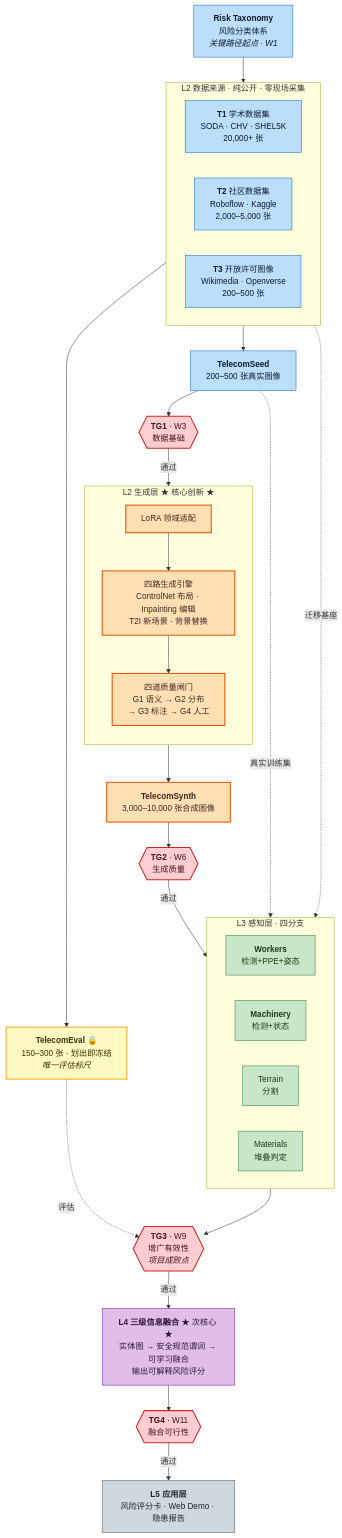
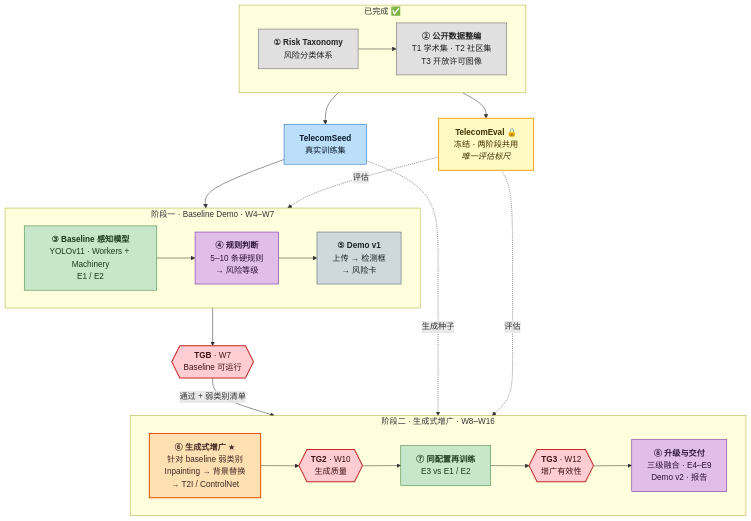
The first of 4 diagrams in docs/05-技术路线图-CN.md (muamuauh/AY26S1-45-SPML), drawn with Mermaid before and after one commit. The commit also changed other lines of this file and 17 other files, not shown here.

First line of the commit message:
docs: switch to baseline-first two-phase flow and prune stale content

````diff
--- a/docs/05-技术路线图-CN.md
+++ b/docs/05-技术路线图-CN.md
@@ -26,64 +46,50 @@
 ```mermaid
 flowchart TB
+    classDef done fill:#e0e0e0,stroke:#616161,stroke-width:1px,color:#212121
     classDef data fill:#bbdefb,stroke:#1565c0,stroke-width:1px,color:#0d1b2a
     classDef core fill:#ffe0b2,stroke:#e65100,stroke-width:2px,color:#3e2723
     classDef perc fill:#c8e6c9,stroke:#2e7d32,stroke-width:1px,color:#1b3a1e
     classDef fuse fill:#e1bee7,stroke:#6a1b9a,stroke-width:1px,color:#2e1437
     classDef gate fill:#ffcdd2,stroke:#c62828,stroke-width:2px,color:#3e1416
     classDef app fill:#cfd8dc,stroke:#455a64,stroke-width:1px,color:#1c2529
     classDef eval fill:#fff9c4,stroke:#f9a825,stroke-width:2px,color:#3e3000
 
-    TAX["<b>Risk Taxonomy</b><br/>风险分类体系<br/><i>关键路径起点 · W1</i>"]:::data
-
-    subgraph SRC["L2 数据来源 · 纯公开 · 零现场采集"]
+    subgraph P0["已完成 ✅"]
         direction LR
-        T1["<b>T1</b> 学术数据集<br/>SODA · CHV · SHEL5K<br/>20,000+ 张"]:::data
-        T2["<b>T2</b> 社区数据集<br/>Roboflow · Kaggle<br/>2,000–5,000 张"]:::data
-        T3["<b>T3</b> 开放许可图像<br/>Wikimedia · Openverse<br/>200–500 张"]:::data
+        TAX["<b>① Risk Taxonomy</b><br/>风险分类体系"]:::done
+        DATA["<b>② 公开数据整编</b><br/>T1 学术集 · T2 社区集<br/>T3 开放许可图像"]:::done
+        TAX --> DATA
     end
 
-    SEED["<b>TelecomSeed</b><br/>200–500 张真实图像"]:::data
-    EVAL["<b>TelecomEval</b> 🔒<br/>150–300 张 · 划出即冻结<br/><i>唯一评估标尺</i>"]:::eval
+    SEED["<b>TelecomSeed</b><br/>真实训练集"]:::data
+    EVAL["<b>TelecomEval</b> 🔒<br/>冻结 · 两阶段共用<br/><i>唯一评估标尺</i>"]:::eval
 
-    subgraph GEN["L2 生成层 ★ 核心创新 ★"]
-        direction TB
-        LORA["LoRA 领域适配"]:::core
-        ENG["四路生成引擎<br/>ControlNet 布局 · Inpainting 编辑<br/>T2I 新场景 · 背景替换"]:::core
-        QG["四道质量闸门<br/>G1 语义 → G2 分布<br/>→ G3 标注 → G4 人工"]:::core
-        LORA --> ENG --> QG
+    subgraph PA["阶段一 · Baseline Demo · W4–W7"]
+        direction LR
+        BASE["<b>③ Baseline 感知模型</b><br/>YOLOv11 · Workers + Machinery<br/>E1 / E2"]:::perc
+        RULE["<b>④ 规则判断</b><br/>5–10 条硬规则<br/>→ 风险等级"]:::fuse
+        DEMO["<b>⑤ Demo v1</b><br/>上传 → 检测框<br/>→ 风险卡"]:::app
+        BASE --> RULE --> DEMO
     end
 
-    SYNTH["<b>TelecomSynth</b><br/>3,000–10,000 张合成图像"]:::core
+    TGB{{"<b>TGB</b> · W7<br/>Baseline 可运行"}}:::gate
 
-    subgraph PERC["L3 感知层 · 四分支"]
+    subgraph PB["阶段二 · 生成式增广 · W8–W16"]
         direction LR
-        PW["<b>Workers</b><br/>检测+PPE+姿态"]:::perc
-        PM["<b>Machinery</b><br/>检测+状态"]:::perc
-        PT["Terrain<br/>分割"]:::perc
-        PMT["Materials<br/>堆叠判定"]:::perc
+        GEN["<b>⑥ 生成式增广</b> ★<br/>针对 baseline 弱类别<br/>Inpainting → 背景替换<br/>→ T2I / ControlNet"]:::core
+        TG2{{"<b>TG2</b> · W10<br/>生成质量"}}:::gate
+        RETRAIN["<b>⑦ 同配置再训练</b><br/>E3 vs E1 / E2"]:::perc
+        TG3{{"<b>TG3</b> · W12<br/>增广有效性"}}:::gate
+        UP["<b>⑧ 升级与交付</b><br/>三级融合 · E4–E9<br/>Demo v2 · 报告"]:::fuse
+        GEN --> TG2 --> RETRAIN --> TG3 --> UP
     end
 
-    FUSE["<b>L4 三级信息融合</b> ★ 次核心 ★<br/>实体图 → 安全规范谓词 → 可学习融合<br/>输出可解释风险评分"]:::fuse
-    APP["<b>L5 应用层</b><br/>风险评分卡 · Web Demo · 隐患报告"]:::app
-
-    TG1{{"<b>TG1</b> · W3<br/>数据基础"}}:::gate
-    TG2{{"<b>TG2</b> · W6<br/>生成质量"}}:::gate
-    TG3{{"<b>TG3</b> · W9<br/>增广有效性<br/><i>项目成败点</i>"}}:::gate
-    TG4{{"<b>TG4</b> · W11<br/>融合可行性"}}:::gate
-
-    TAX --> SRC
-    SRC --> SEED
-    SRC --> EVAL
-    SEED --> TG1
-    TG1 -->|通过| GEN
-    QG --> SYNTH
-    SYNTH --> TG2
-    TG2 -->|通过| PERC
-    SEED -.真实训练集.-> PERC
-    T1 -.迁移基座.-> PERC
-    PERC --> TG3
-    TG3 -->|通过| FUSE
-    FUSE --> TG4
-    TG4 -->|通过| APP
-    EVAL -.评估.-> TG3
+    DATA --> SEED
+    DATA --> EVAL
+    SEED --> BASE
+    DEMO --> TGB
+    TGB -->|通过 + 弱类别清单| GEN
+    SEED -.生成种子.-> GEN
+    EVAL -.评估.-> BASE
+    EVAL -.评估.-> RETRAIN
 ```
````
